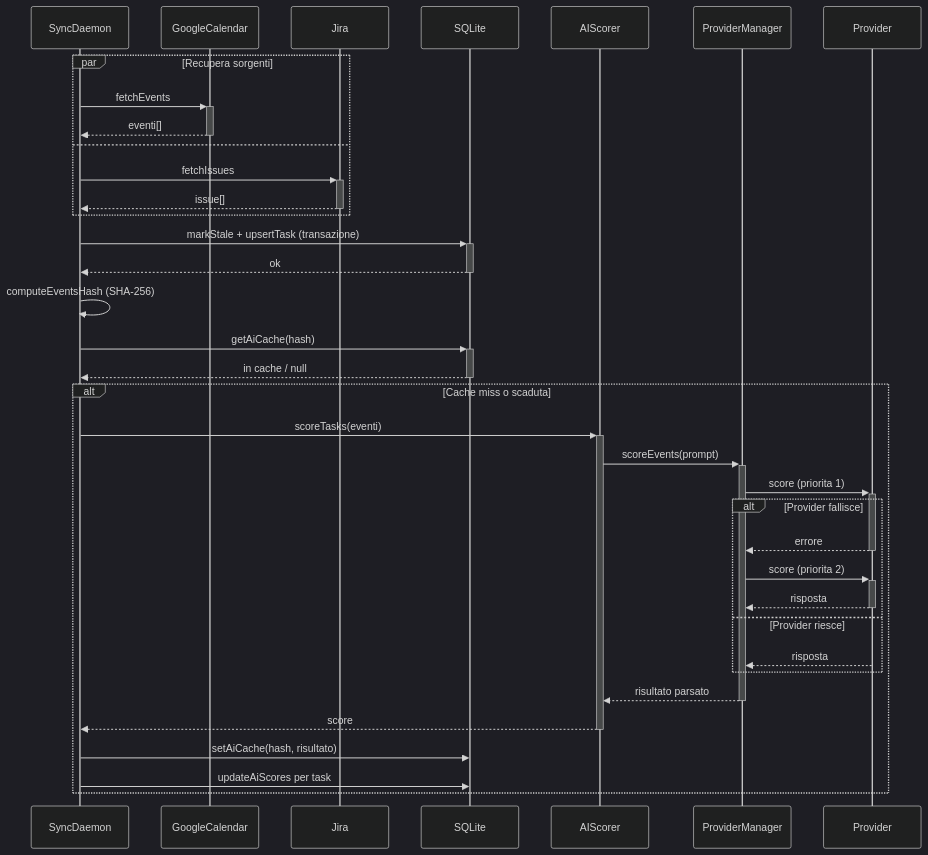
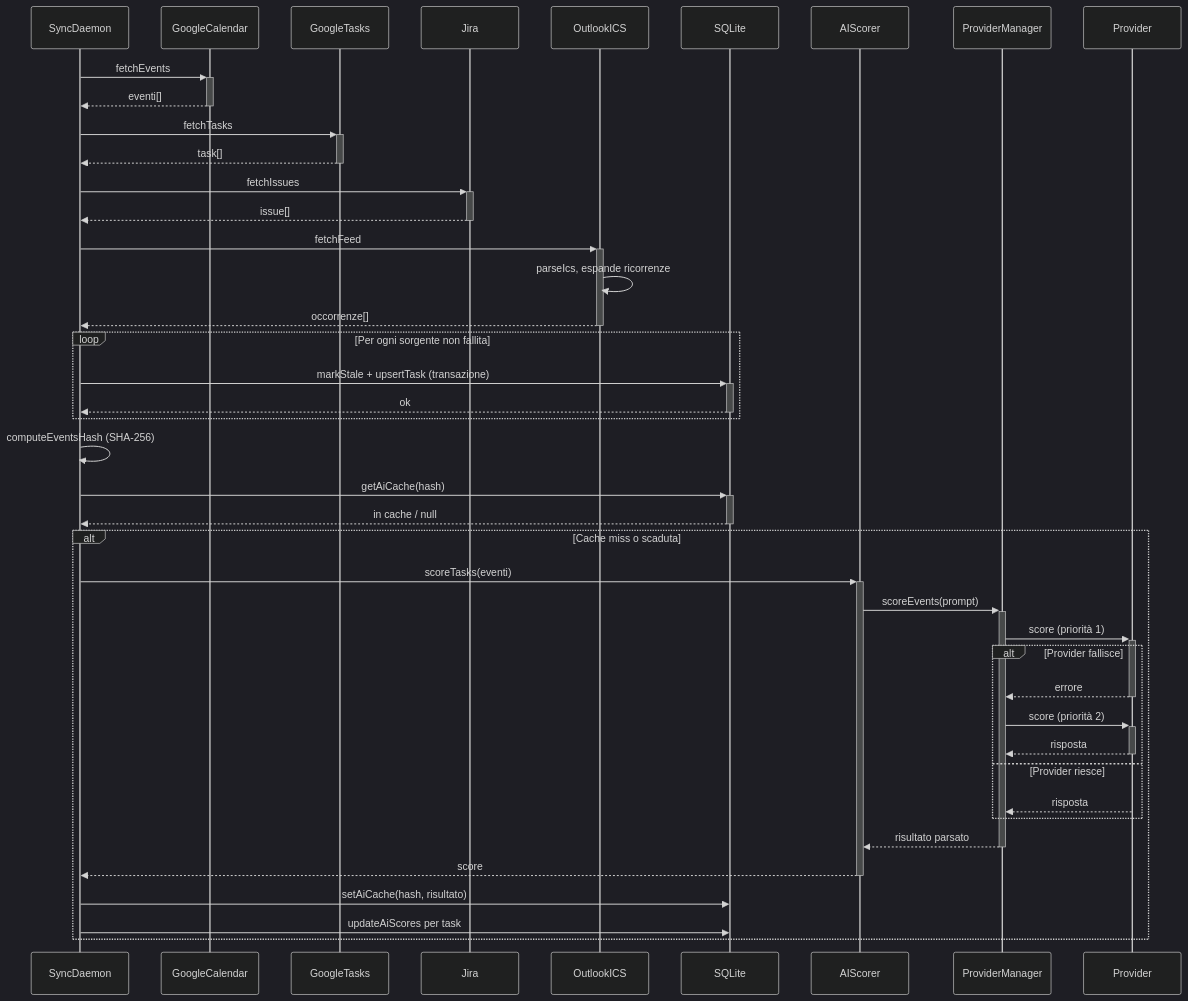
Before and after one commit to AndreaBonn/deadline-aura: the first of 4 diagrams in docs/ARCHITECTURE.it.md, drawn with Mermaid (dark theme). The commit also changed other lines of this file and 3 other files, not shown here.

````diff
--- a/docs/ARCHITECTURE.it.md
+++ b/docs/ARCHITECTURE.it.md
@@ -11,45 +15,54 @@
 ```mermaid
 sequenceDiagram
   participant sd as SyncDaemon
   participant gcal as GoogleCalendar
+  participant gtasks as GoogleTasks
   participant jira as Jira
+  participant outlook as OutlookICS
   participant db as SQLite
   participant ai as AIScorer
   participant pm as ProviderManager
   participant prov as Provider
 
-  par Recupera sorgenti
-    sd->>+gcal: fetchEvents
-    gcal-->>-sd: eventi[]
-  and
-    sd->>+jira: fetchIssues
-    jira-->>-sd: issue[]
+  sd->>+gcal: fetchEvents
+  gcal-->>-sd: eventi[]
+
+  sd->>+gtasks: fetchTasks
+  gtasks-->>-sd: task[]
+
+  sd->>+jira: fetchIssues
+  jira-->>-sd: issue[]
+
+  sd->>+outlook: fetchFeed
+  outlook->>outlook: parseIcs, espande ricorrenze
+  outlook-->>-sd: occorrenze[]
+
+  loop Per ogni sorgente non fallita
+    sd->>+db: markStale + upsertTask (transazione)
+    db-->>-sd: ok
   end
-
-  sd->>+db: markStale + upsertTask (transazione)
-  db-->>-sd: ok
 
   sd->>sd: computeEventsHash (SHA-256)
   sd->>+db: getAiCache(hash)
   db-->>-sd: in cache / null
 
   alt Cache miss o scaduta
     sd->>+ai: scoreTasks(eventi)
     ai->>+pm: scoreEvents(prompt)
-    pm->>+prov: score (priorita 1)
+    pm->>+prov: score (priorità 1)
 
     alt Provider fallisce
       prov-->>-pm: errore
-      pm->>+prov: score (priorita 2)
+      pm->>+prov: score (priorità 2)
       prov-->>-pm: risposta
     else Provider riesce
       prov-->>pm: risposta
     end
 
     pm-->>-ai: risultato parsato
     ai-->>-sd: score
 
     sd->>db: setAiCache(hash, risultato)
     sd->>db: updateAiScores per task
   end
 ```
````
